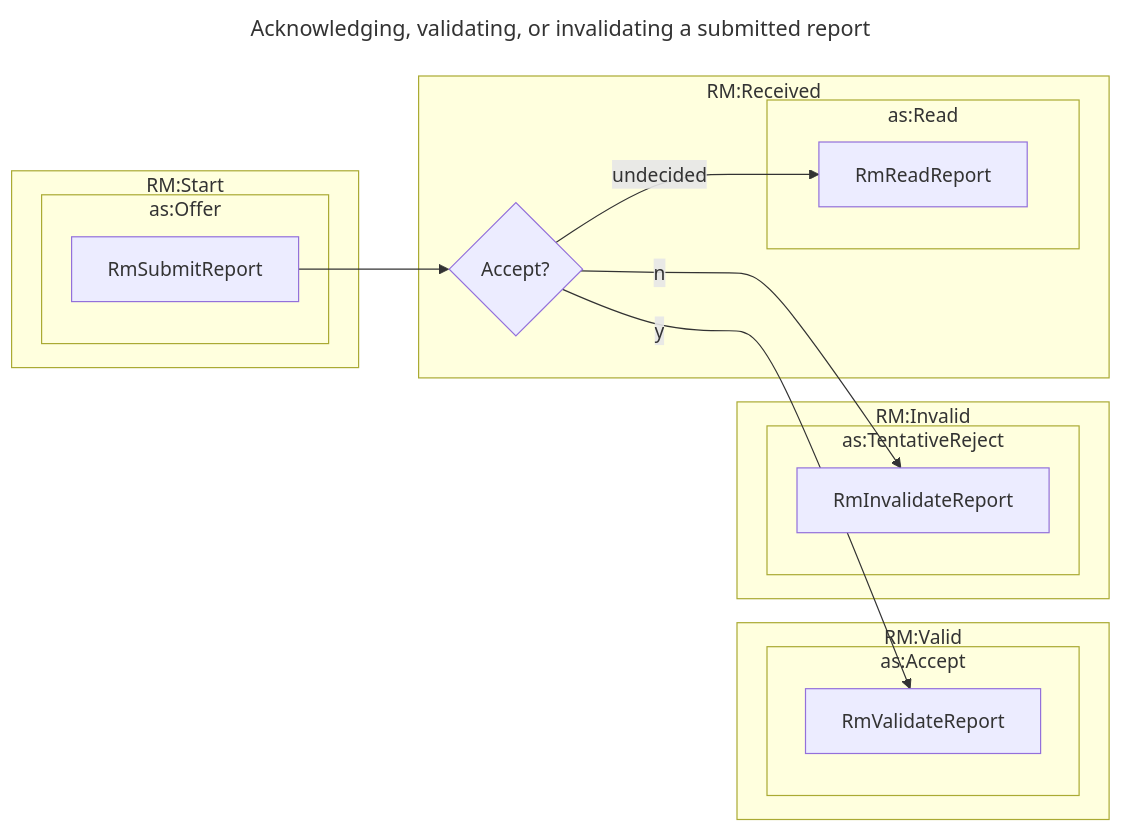
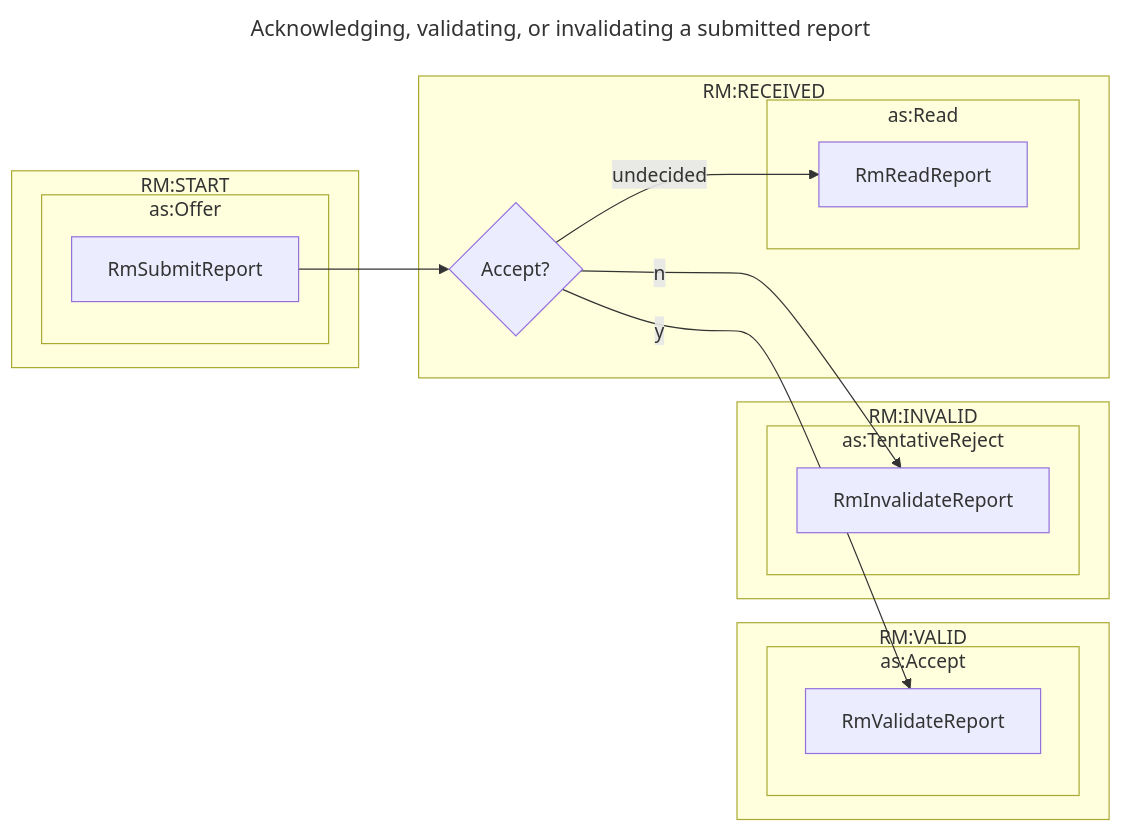
The first of 4 diagrams in docs/topics/activity_vocabulary_design.md (CERTCC/Vultron), drawn with Mermaid before and after one commit. The commit also changed other lines of this file and 5 other files, not shown here.

````diff
--- a/docs/topics/activity_vocabulary_design.md
+++ b/docs/topics/activity_vocabulary_design.md
@@ -76,31 +76,31 @@
 ```mermaid
 ---
 title: Acknowledging, validating, or invalidating a submitted report
 ---
 flowchart LR
-    subgraph RM:Received
+    subgraph RM:RECEIVED
         a{Accept?}
         subgraph as:Read
             RmReadReport
         end
     end
-    subgraph RM:Start
+    subgraph RM:START
         subgraph as:Offer
             RmSubmitReport
         end
     end
-    subgraph RM:Valid
+    subgraph RM:VALID
         subgraph as:Accept
             RmValidateReport
         end
     end
-    subgraph RM:Invalid
+    subgraph RM:INVALID
         subgraph as:TentativeReject
             RmInvalidateReport
         end
     end
     a -->|y| RmValidateReport
     a -->|undecided| RmReadReport
     a -->|n| RmInvalidateReport
     RmSubmitReport --> a
 ```
````
